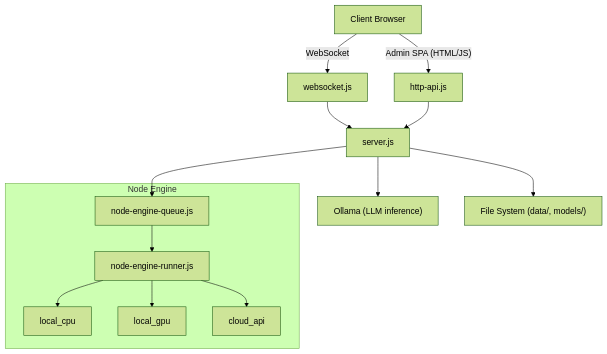
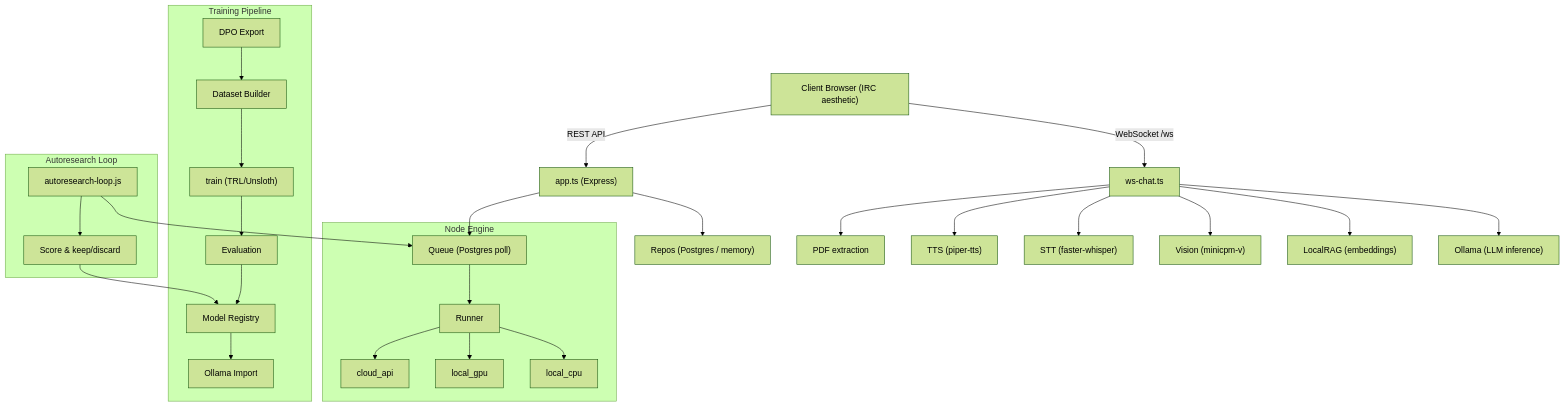
Before and after one commit to electron-rare/kxkm_clown: the first of 14 diagrams in docs/ARCHITECTURE.md, drawn with Mermaid (forest theme). The commit also changed other lines of this file and 6 other files, not shown here.

````diff
--- a/docs/ARCHITECTURE.md
+++ b/docs/ARCHITECTURE.md
@@ -9,22 +14,39 @@
 ```mermaid
 flowchart TB
-    Browser["Client Browser"]
+    Browser["Client Browser (IRC aesthetic)"]
 
-    Browser -- "WebSocket" --> WS["websocket.js"]
-    Browser -- "Admin SPA (HTML/JS)" --> HTTP["http-api.js"]
+    Browser -- "WebSocket /ws" --> WS["ws-chat.ts"]
+    Browser -- "REST API" --> HTTP["app.ts (Express)"]
 
-    WS --> Server["server.js"]
-    HTTP --> Server
+    WS --> Ollama["Ollama (LLM inference)"]
+    WS --> RAG["LocalRAG (embeddings)"]
+    WS --> Vision["Vision (minicpm-v)"]
+    WS --> STT["STT (faster-whisper)"]
+    WS --> TTS["TTS (piper-tts)"]
+    WS --> PDF["PDF extraction"]
 
-    Server --> Ollama["Ollama (LLM inference)"]
-    Server --> FS["File System (data/, models/)"]
+    HTTP --> Repos["Repos (Postgres / memory)"]
 
     subgraph NodeEngine["Node Engine"]
-        NEQ["node-engine-queue.js"] --> NER["node-engine-runner.js"]
+        NEQ["Queue (Postgres poll)"] --> NER["Runner"]
         NER --> RT_CPU["local_cpu"]
         NER --> RT_GPU["local_gpu"]
         NER --> RT_CLOUD["cloud_api"]
     end
 
-    Server --> NEQ
+    HTTP --> NEQ
+
+    subgraph Training["Training Pipeline"]
+        DPO["DPO Export"] --> Dataset["Dataset Builder"]
+        Dataset --> Train["train (TRL/Unsloth)"]
+        Train --> Eval["Evaluation"]
+        Eval --> Registry["Model Registry"]
+        Registry --> Import["Ollama Import"]
+    end
+
+    subgraph Autoresearch["Autoresearch Loop"]
+        AR["autoresearch-loop.js"] --> NEQ
+        AR --> Scoring["Score & keep/discard"]
+        Scoring --> Registry
+    end
 ```
````
